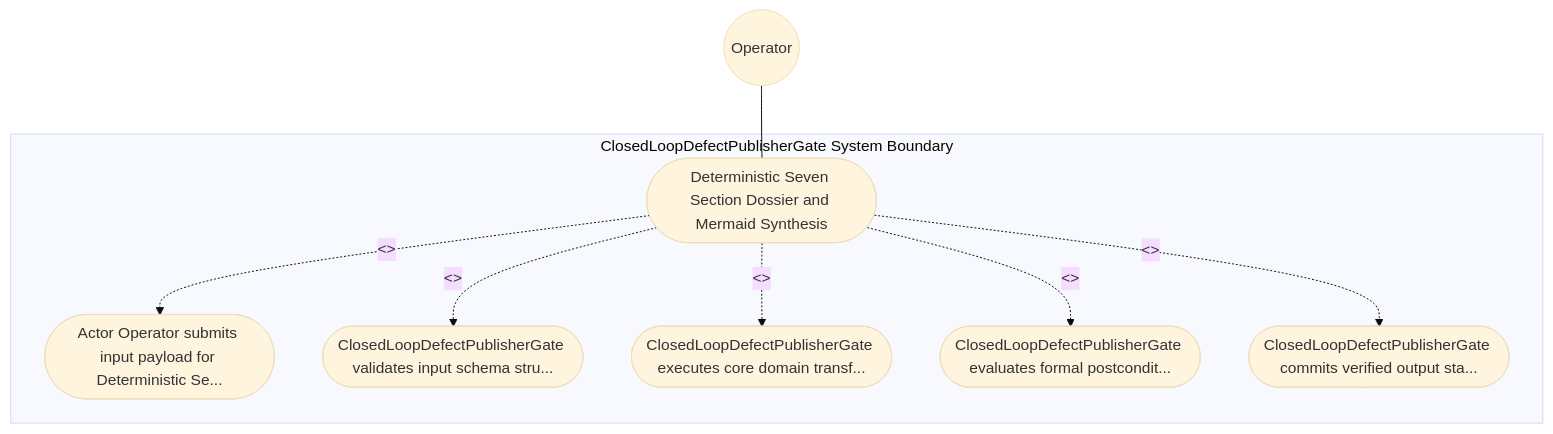
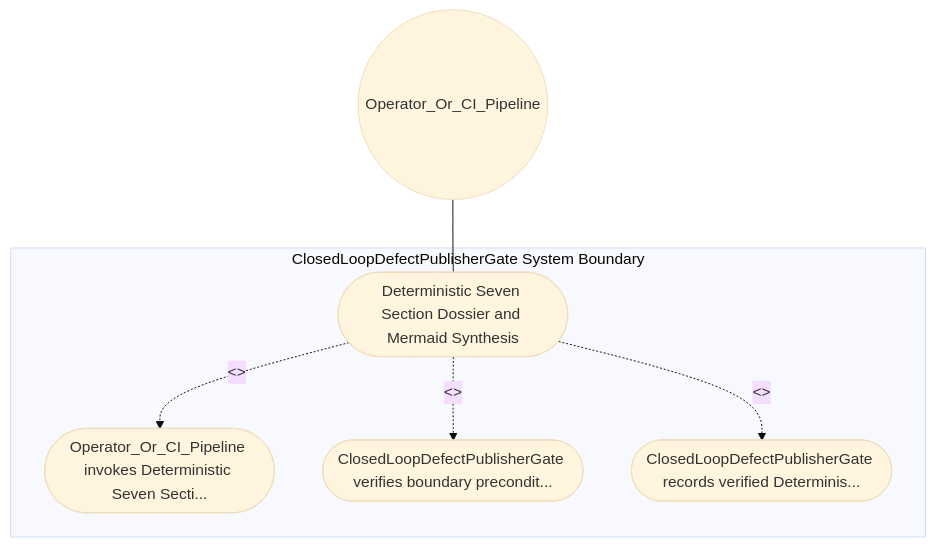
Before and after one commit to gintatkinson/DEAP01-spec-core: the diagram in .pipeline/upstream/docs/use-cases/UC-27-Deterministic_Seven_Section_Dossier_and_Mermaid_Synthesis.md, drawn with Mermaid (base theme). The commit also changed other lines of this file and 213 other files, not shown here.

````diff
--- a/.pipeline/upstream/docs/use-cases/UC-27-Deterministic_Seven_Section_Dossier_and_Mermaid_Synthesis.md
+++ b/.pipeline/upstream/docs/use-cases/UC-27-Deterministic_Seven_Section_Dossier_and_Mermaid_Synthesis.md
@@ -16,17 +16,13 @@
 ```mermaid
 graph TD
     subgraph "ClosedLoopDefectPublisherGate System Boundary"
         UC_Main(["Deterministic Seven Section Dossier and Mermaid Synthesis"])
-        UC_Step01(["Actor Operator submits input payload for Deterministic Se..."])
-        UC_Step02(["ClosedLoopDefectPublisherGate validates input schema stru..."])
-        UC_Step03(["ClosedLoopDefectPublisherGate executes core domain transf..."])
-        UC_Step04(["ClosedLoopDefectPublisherGate evaluates formal postcondit..."])
-        UC_Step05(["ClosedLoopDefectPublisherGate commits verified output sta..."])
+        UC_Step01(["Operator_Or_CI_Pipeline invokes Deterministic Seven Secti..."])
+        UC_Step02(["ClosedLoopDefectPublisherGate verifies boundary precondit..."])
+        UC_Step03(["ClosedLoopDefectPublisherGate records verified Determinis..."])
     end
-    Operator(("Operator")) --- UC_Main
+    Operator_Or_CI_Pipeline(("Operator_Or_CI_Pipeline")) --- UC_Main
     UC_Main -. "<<include>>" .-> UC_Step01
     UC_Main -. "<<include>>" .-> UC_Step02
     UC_Main -. "<<include>>" .-> UC_Step03
-    UC_Main -. "<<include>>" .-> UC_Step04
-    UC_Main -. "<<include>>" .-> UC_Step05
 ```
````
